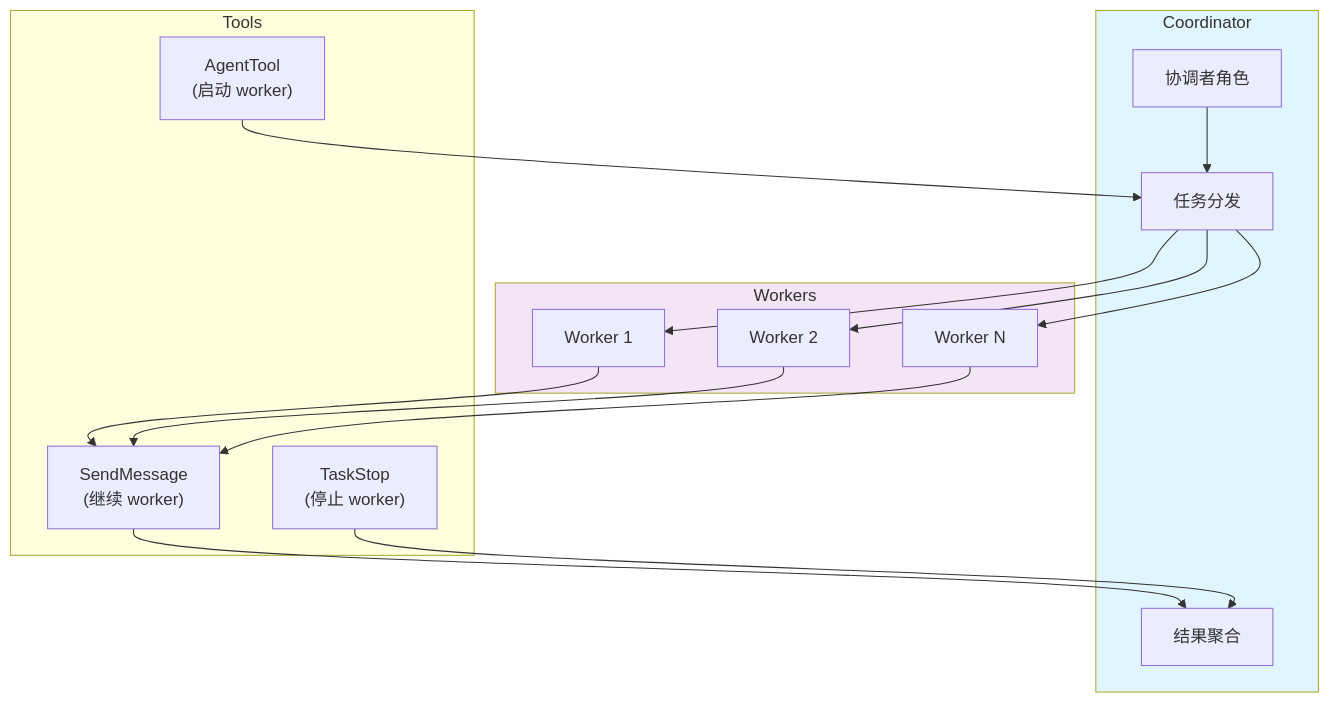
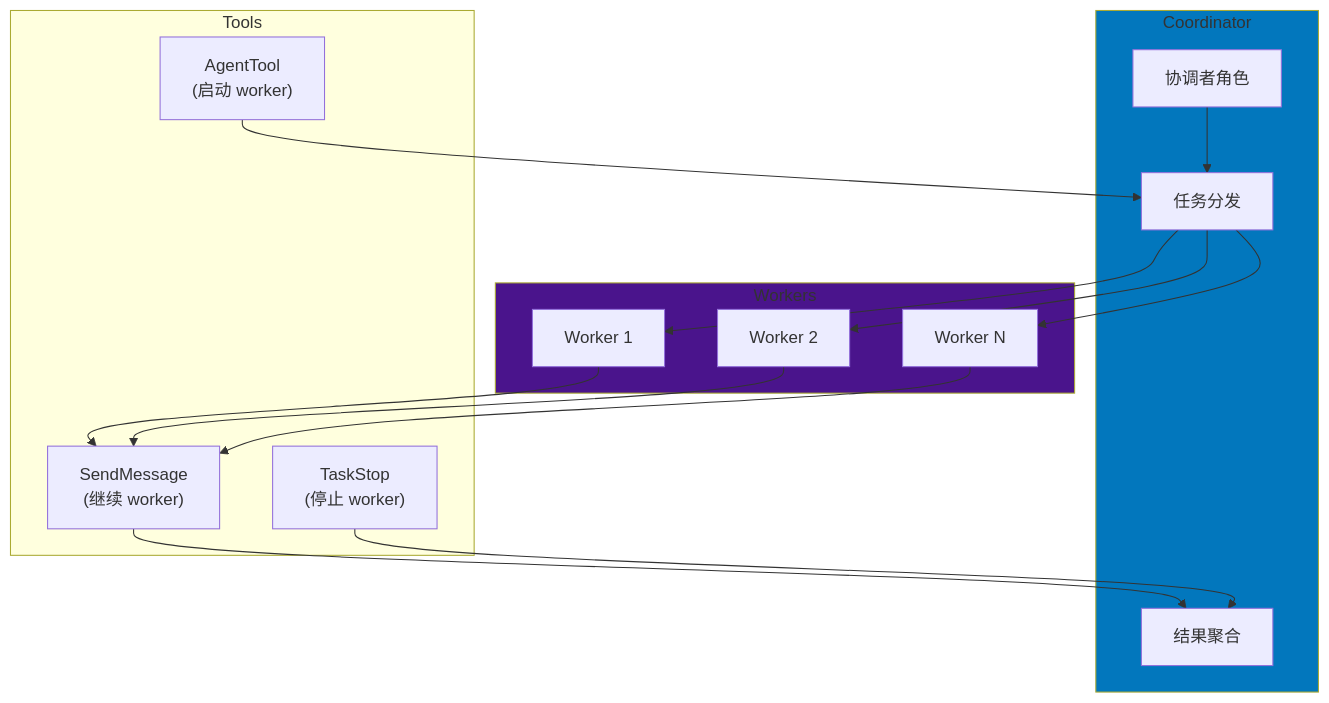
Before and after one commit to platootalp/harness-code: diagram 15 of 15 in harness/docs/deep/AGENT-SYSTEM.md, drawn with Mermaid. The commit also changed other lines of this file and 10 other files, not shown here.

````diff
--- a/harness/docs/deep/AGENT-SYSTEM.md
+++ b/harness/docs/deep/AGENT-SYSTEM.md
@@ -1011,34 +1011,34 @@
 ```mermaid
 flowchart TD
     subgraph Coordinator
         C1["协调者角色"]
         C2["任务分发"]
         C3["结果聚合"]
     end
 
     subgraph Workers
         W1["Worker 1"]
         W2["Worker 2"]
         W3["Worker N"]
     end
 
     subgraph Tools
         T1["SendMessage<br/>(继续 worker)"]
         T2["TaskStop<br/>(停止 worker)"]
         T3["AgentTool<br/>(启动 worker)"]
     end
 
     C1 --> C2
     C2 --> W1
     C2 --> W2
     C2 --> W3
     W1 --> T1
     W2 --> T1
     W3 --> T1
     T1 --> C3
     T2 --> C3
     T3 --> C2
 
-    style Coordinator fill:#e1f5fe
-    style Workers fill:#f3e5f5
+    style Coordinator fill:#0277bd
+    style Workers fill:#4a148c
 ```
````
